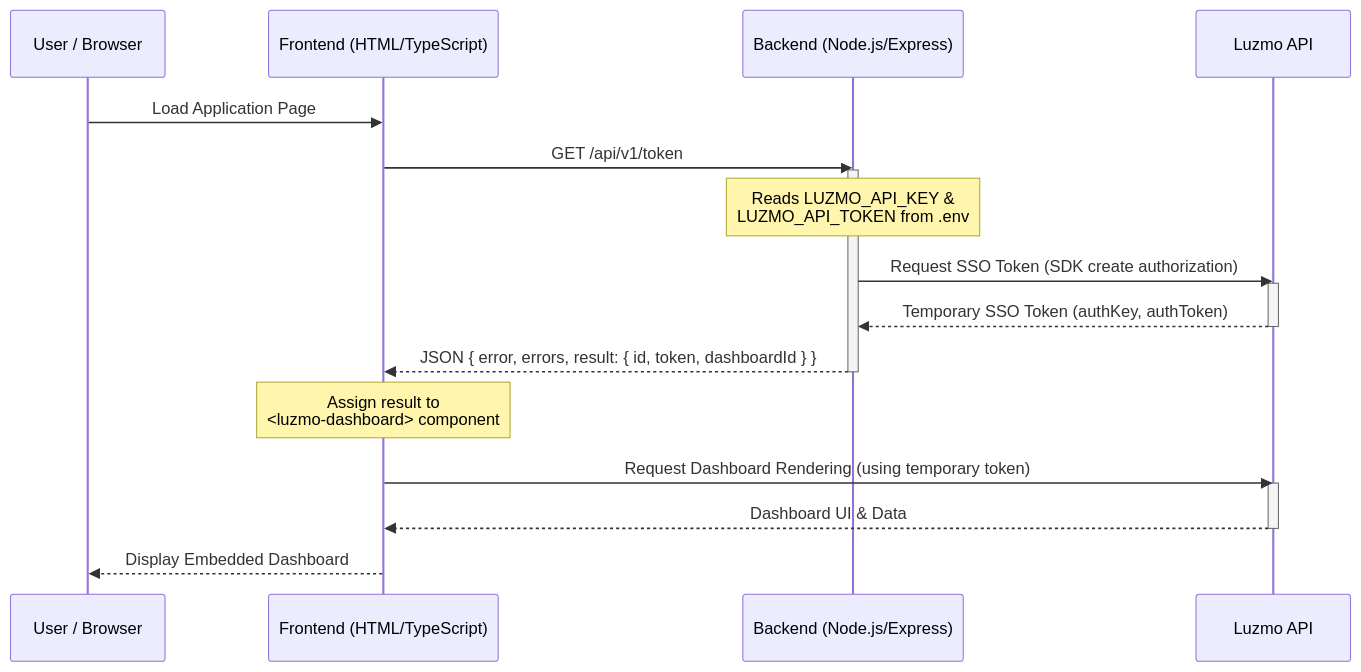
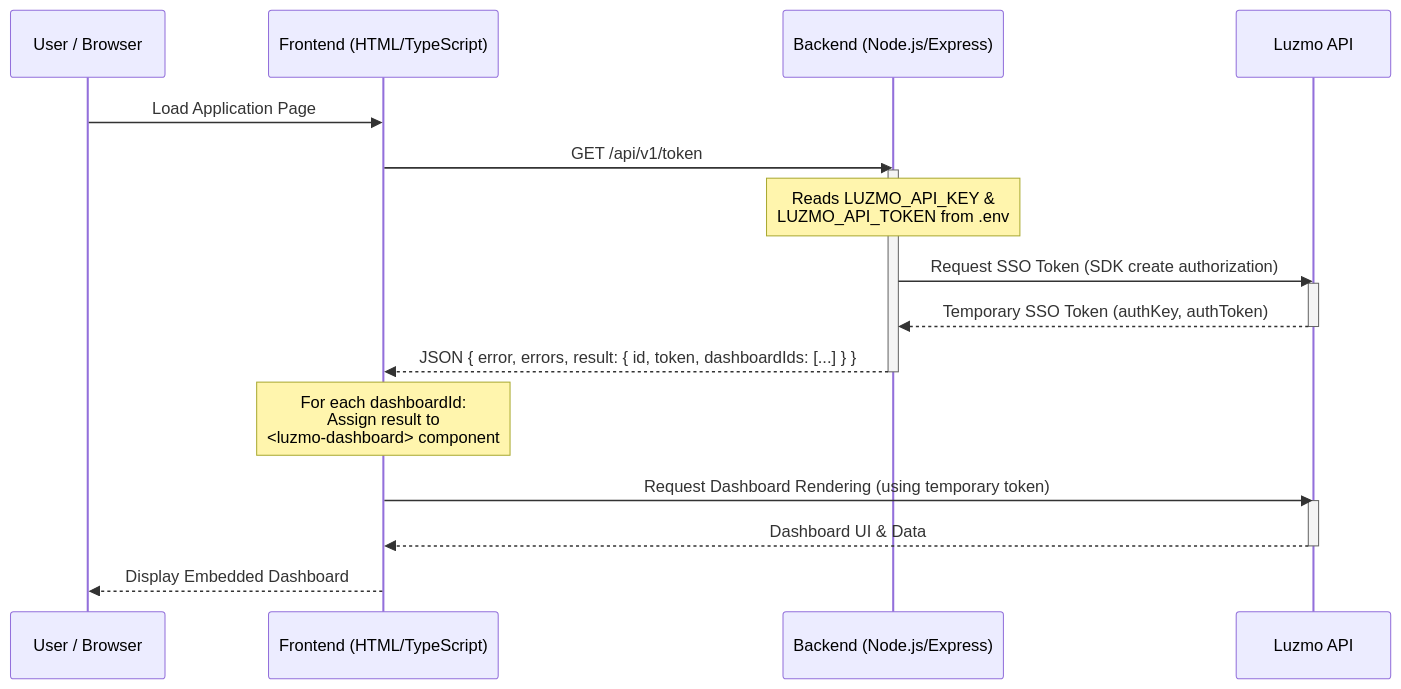
The second of 2 diagrams in docs/spec/PRDs/Architecture.md (leonardolasouza/luzmo), drawn with Mermaid before and after one commit. The commit also changed other lines of this file and 10 other files, not shown here.

````diff
--- a/docs/spec/PRDs/Architecture.md
+++ b/docs/spec/PRDs/Architecture.md
@@ -65,25 +69,25 @@
 ```mermaid
 sequenceDiagram
     participant U as User / Browser
     participant F as Frontend (HTML/TypeScript)
     participant B as Backend (Node.js/Express)
     participant L as Luzmo API
 
     U->>F: Load Application Page
     F->>B: GET /api/v1/token
     activate B
     Note over B: Reads LUZMO_API_KEY &<br/>LUZMO_API_TOKEN from .env
     B->>L: Request SSO Token (SDK create authorization)
     activate L
     L-->>B: Temporary SSO Token (authKey, authToken)
     deactivate L
-    B-->>F: JSON { error, errors, result: { id, token, dashboardId } }
+    B-->>F: JSON { error, errors, result: { id, token, dashboardIds: [...] } }
     deactivate B
 
-    Note over F: Assign result to <br/> <luzmo-dashboard> component
+    Note over F: For each dashboardId:<br/>Assign result to <br/> <luzmo-dashboard> component
     F->>L: Request Dashboard Rendering (using temporary token)
     activate L
     L-->>F: Dashboard UI & Data
     deactivate L
     F-->>U: Display Embedded Dashboard
 ```
````
